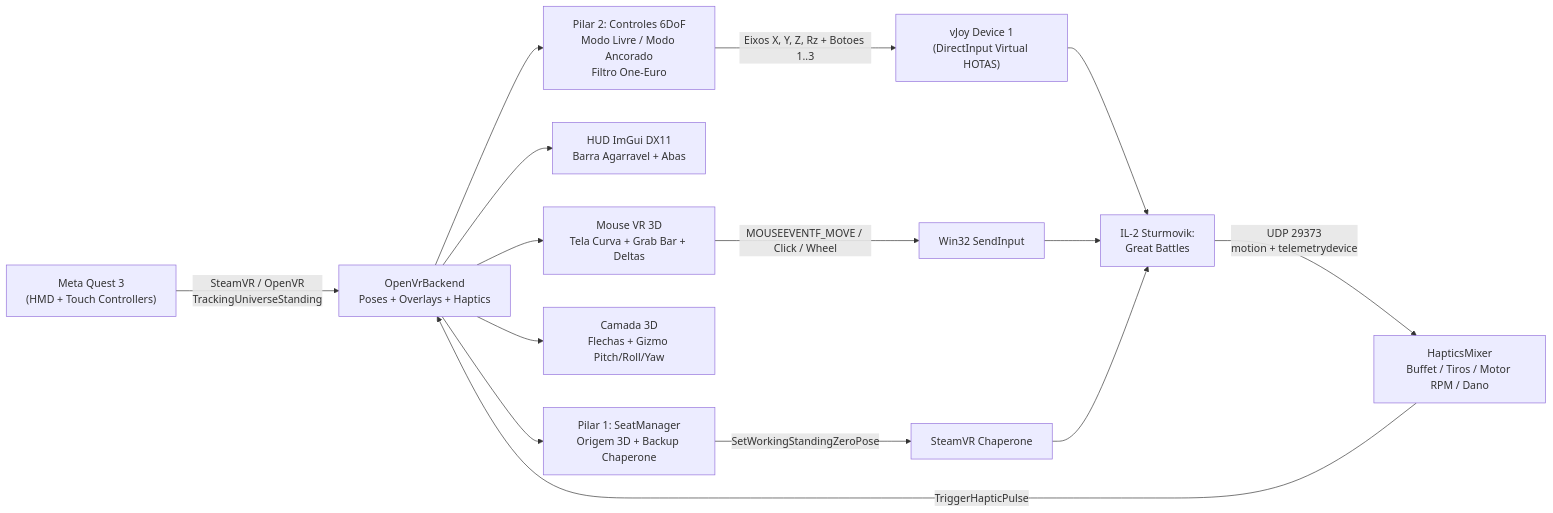
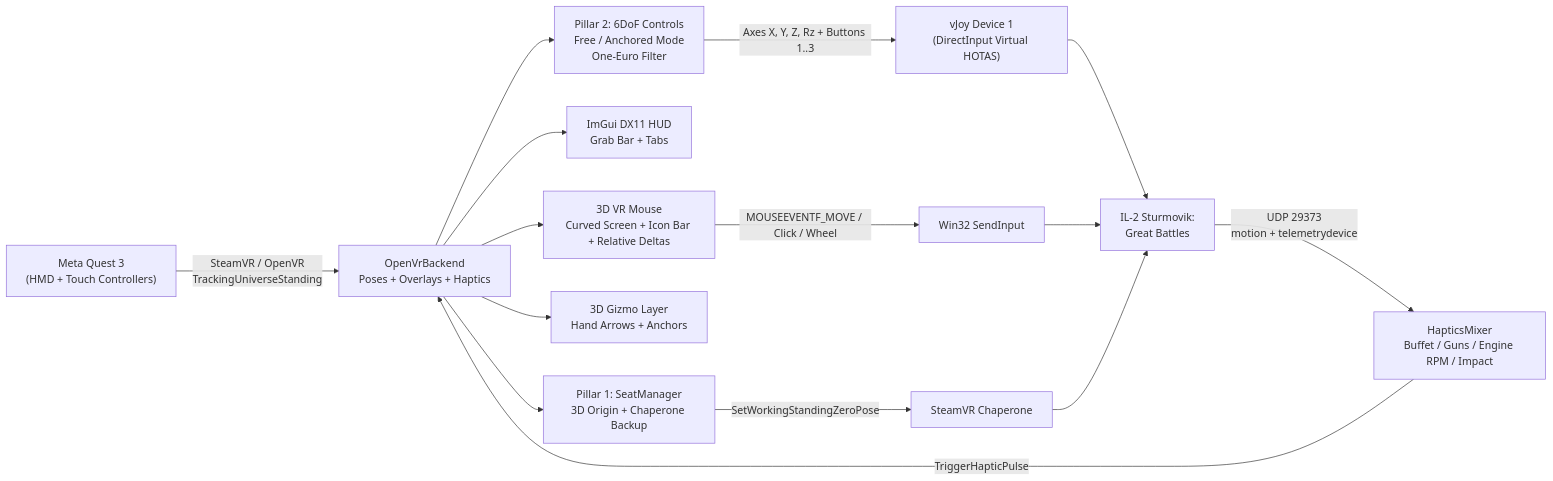
The diagram in README.md (Tarranzilla/il2_vr_qol), drawn with Mermaid before and after one commit. The commit also changed other lines of this file and 7 other files, not shown here.

````diff
--- a/README.md
+++ b/README.md
@@ -58,19 +55,19 @@
 ```mermaid
 flowchart LR
     Q3["Meta Quest 3<br/>(HMD + Touch Controllers)"] -->|SteamVR / OpenVR<br/>TrackingUniverseStanding| OV["OpenVrBackend<br/>Poses + Overlays + Haptics"]
 
-    OV --> P1["Pilar 1: SeatManager<br/>Origem 3D + Backup Chaperone"]
-    OV --> HUD["HUD ImGui DX11<br/>Barra Agarravel + Abas"]
-    OV --> P2["Pilar 2: Controles 6DoF<br/>Modo Livre / Modo Ancorado<br/>Filtro One-Euro"]
-    OV --> GZ["Camada 3D<br/>Flechas + Gizmo Pitch/Roll/Yaw"]
-    OV --> MS["Mouse VR 3D<br/>Tela Curva + Grab Bar + Deltas"]
-    HAP["HapticsMixer<br/>Buffet / Tiros / Motor RPM / Dano"] -->|TriggerHapticPulse| OV
+    OV --> P1["Pillar 1: SeatManager<br/>3D Origin + Chaperone Backup"]
+    OV --> HUD["ImGui DX11 HUD<br/>Grab Bar + Tabs"]
+    OV --> P2["Pillar 2: 6DoF Controls<br/>Free / Anchored Mode<br/>One-Euro Filter"]
+    OV --> GZ["3D Gizmo Layer<br/>Hand Arrows + Anchors"]
+    OV --> MS["3D VR Mouse<br/>Curved Screen + Icon Bar + Relative Deltas"]
+    HAP["HapticsMixer<br/>Buffet / Guns / Engine RPM / Impact"] -->|TriggerHapticPulse| OV
 
     P1 -->|SetWorkingStandingZeroPose| SVR["SteamVR Chaperone"]
-    P2 -->|Eixos X, Y, Z, Rz + Botoes 1..3| VJOY["vJoy Device 1<br/>(DirectInput Virtual HOTAS)"]
+    P2 -->|Axes X, Y, Z, Rz + Buttons 1..3| VJOY["vJoy Device 1<br/>(DirectInput Virtual HOTAS)"]
     MS -->|MOUSEEVENTF_MOVE / Click / Wheel| WIN["Win32 SendInput"]
     VJOY --> IL2["IL-2 Sturmovik:<br/>Great Battles"]
     WIN --> IL2
     SVR --> IL2
     IL2 -->|UDP 29373<br/>motion + telemetrydevice| HAP
 ```
````
